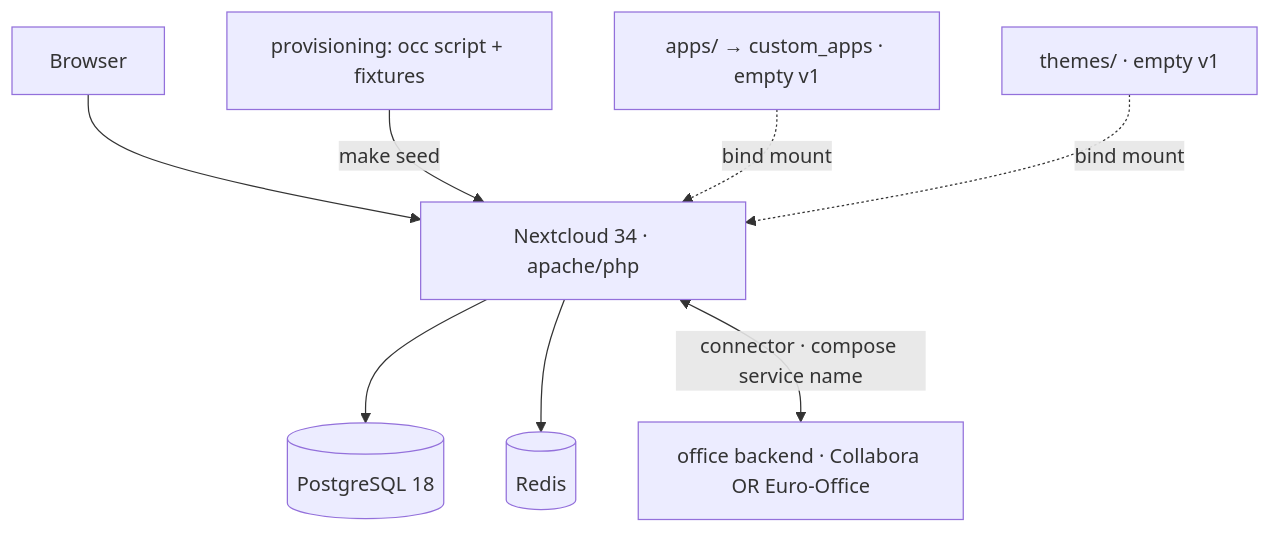
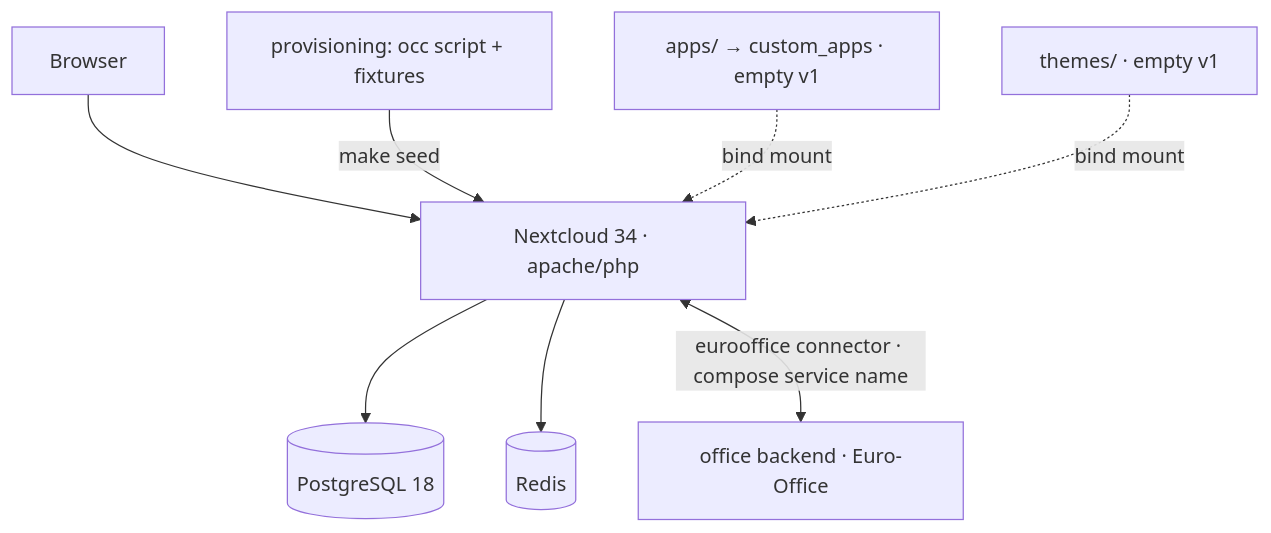
One commit to APS-Conecta/gestion changed the first of 2 diagrams in docs/ARCHITECTURE.md. Above: the diagram before and after it, drawn with Mermaid. The commit also changed other lines of this file and 40 other files, not shown here.

First line of the commit message:
chore(office): drop Collabora, make Euro-Office the sole office backend

````diff
--- a/docs/ARCHITECTURE.md
+++ b/docs/ARCHITECTURE.md
@@ -52,10 +49,10 @@
 ```mermaid
 graph TD
   B[Browser] --> NC[Nextcloud 34 · apache/php]
   NC --> PG[(PostgreSQL 18)]
   NC --> R[(Redis)]
-  NC <-->|connector · compose service name| C[office backend · Collabora OR Euro-Office]
+  NC <-->|eurooffice connector · compose service name| C[office backend · Euro-Office]
   PROV[provisioning: occ script + fixtures] -->|make seed| NC
   A[apps/ → custom_apps · empty v1] -.bind mount.-> NC
   T[themes/ · empty v1] -.bind mount.-> NC
 ```
````
